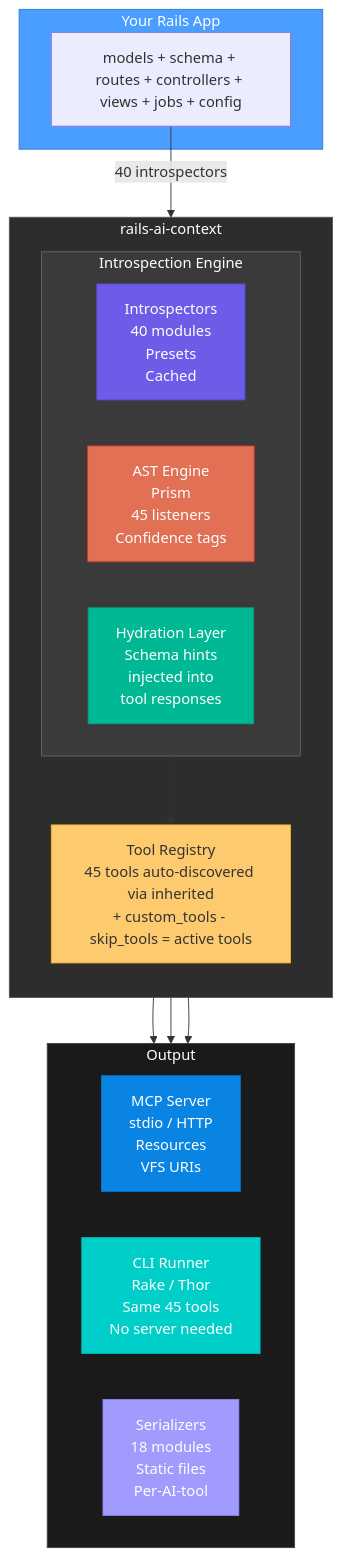
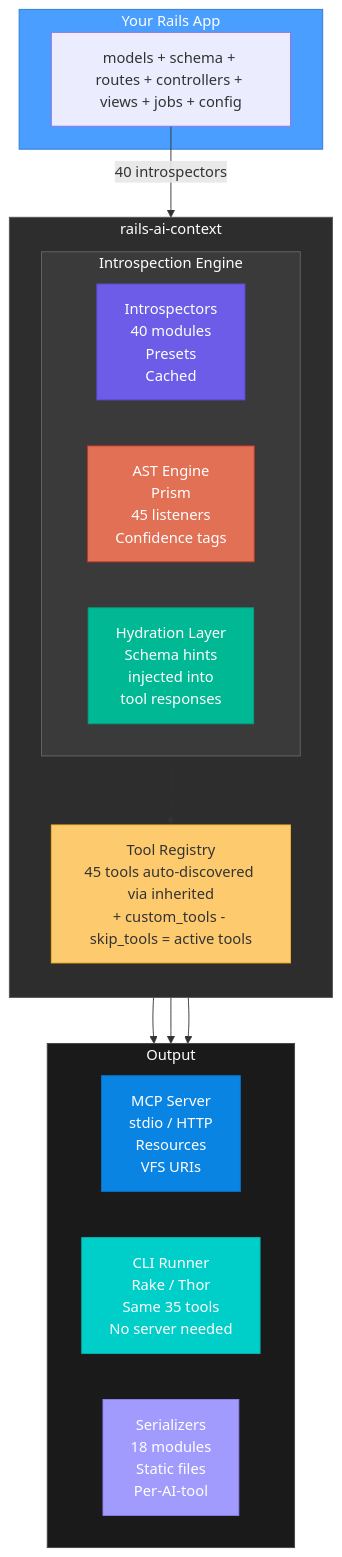
One commit to crisnahine/rails-ai-context changed the first of 3 diagrams in docs/ARCHITECTURE.md. Above: the diagram before and after it, drawn with Mermaid. The commit also changed other lines of this file and 22 other files, not shown here.

````diff
--- a/docs/ARCHITECTURE.md
+++ b/docs/ARCHITECTURE.md
@@ -15,44 +15,44 @@
 ```mermaid
 graph TD
     subgraph app["Your Rails App"]
         A["models + schema + routes + controllers + views + jobs + config"]
     end
 
     A -->|"40 introspectors"| gem
 
     subgraph gem["rails-ai-context"]
         direction TB
 
         subgraph engine["Introspection Engine"]
             direction LR
             I["Introspectors\n40 modules\nPresets\nCached"]
             AST["AST Engine\nPrism\n45 listeners\nConfidence tags"]
             H["Hydration Layer\nSchema hints\ninjected into\ntool responses"]
         end
 
         engine --> R["Tool Registry\n45 tools auto-discovered via inherited\n+ custom_tools - skip_tools = active tools"]
     end
 
     R --> MCP
     R --> CLI
     R --> S
 
     subgraph outputs["Output"]
         direction LR
         MCP["MCP Server\nstdio / HTTP\nResources\nVFS URIs"]
-        CLI["CLI Runner\nRake / Thor\nSame 45 tools\nNo server needed"]
+        CLI["CLI Runner\nRake / Thor\nSame 35 tools\nNo server needed"]
         S["Serializers\n18 modules\nStatic files\nPer-AI-tool"]
     end
 
     style app fill:#4a9eff,stroke:#2d7ad4,color:#fff
     style gem fill:#2d2d2d,stroke:#555,color:#fff
     style engine fill:#3a3a3a,stroke:#666,color:#fff
     style outputs fill:#1a1a1a,stroke:#444,color:#fff
     style I fill:#6c5ce7,stroke:#5a4bd1,color:#fff
     style AST fill:#e17055,stroke:#c0392b,color:#fff
     style H fill:#00b894,stroke:#00a381,color:#fff
     style R fill:#fdcb6e,stroke:#f0b429,color:#333
     style MCP fill:#0984e3,stroke:#0770c2,color:#fff
     style CLI fill:#00cec9,stroke:#00b5b0,color:#fff
     style S fill:#a29bfe,stroke:#8c83f0,color:#fff
 ```
````
